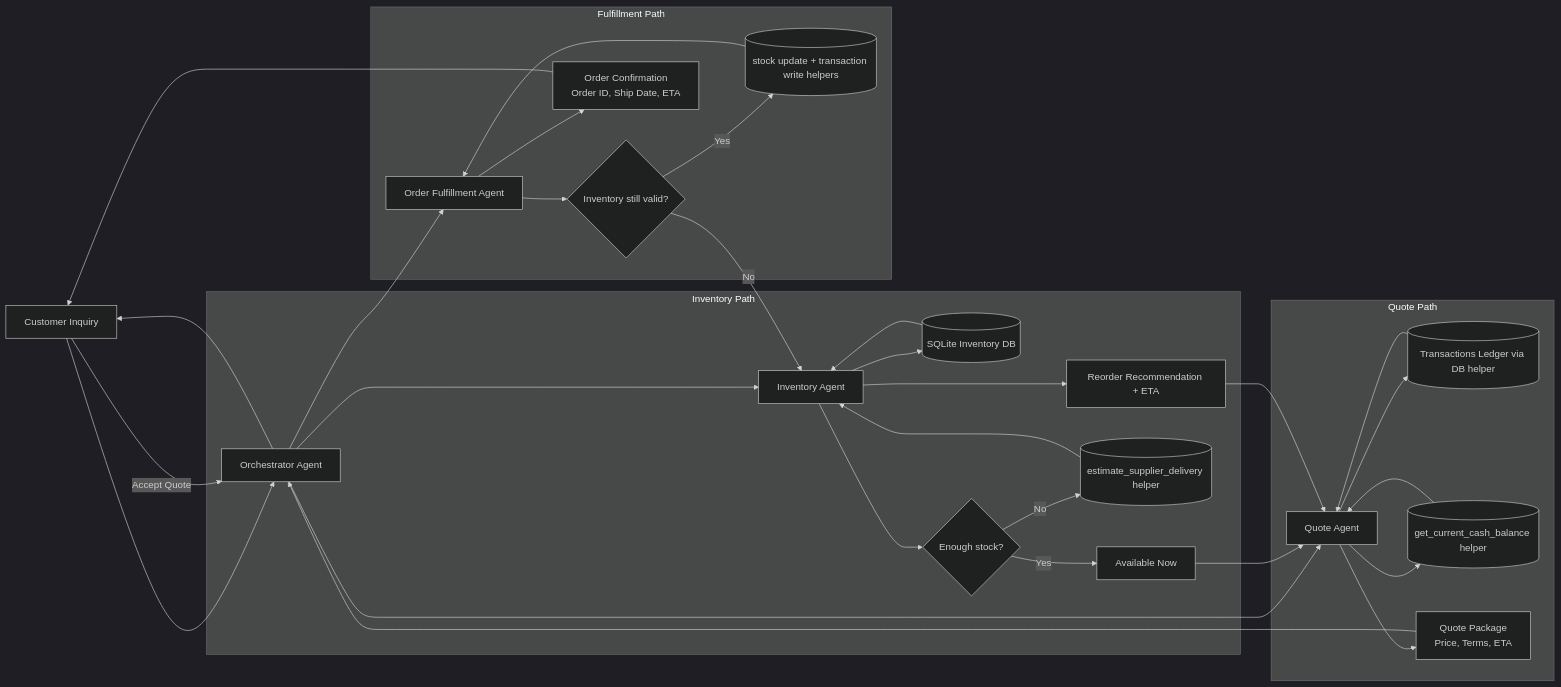
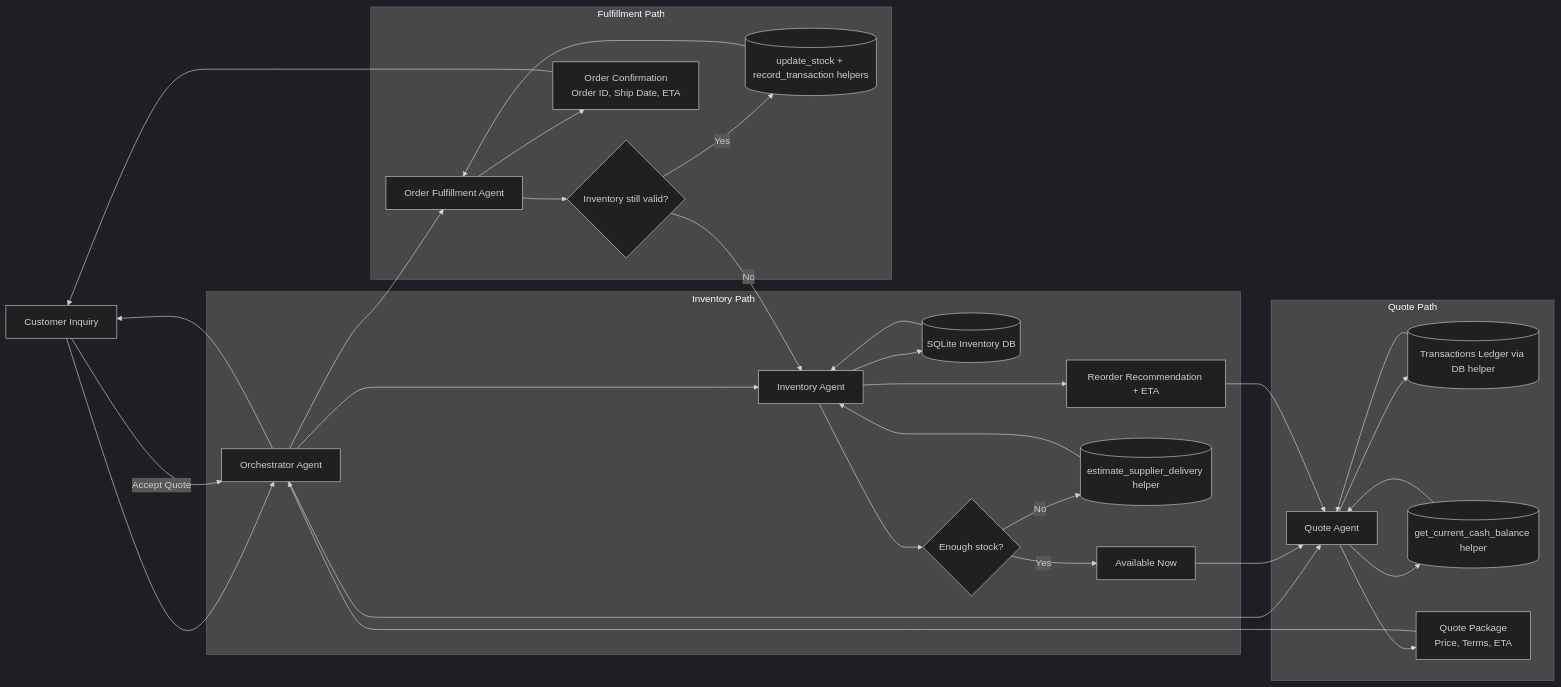
The diagram in architecture docs/multi-agent-workflow.md (javeriaafzal/PaperCompanyInventory), drawn with Mermaid (dark theme) before and after one commit. The commit also changed other lines of this file and 2 other files, not shown here.

````diff
--- a/architecture docs/multi-agent-workflow.md
+++ b/architecture docs/multi-agent-workflow.md
@@ -5,41 +5,41 @@
 ```mermaid
 flowchart LR
     C[Customer Inquiry] --> O[Orchestrator Agent]
 
     subgraph Inventory_Path[Inventory Path]
         O --> IA[Inventory Agent]
         IA --> DB[(SQLite Inventory DB)]
         DB --> IA
         IA --> S{Enough stock?}
         S -->|Yes| AV[Available Now]
         S -->|No| ETA[(estimate_supplier_delivery helper)]
         ETA --> IA
         IA --> RE[Reorder Recommendation + ETA]
     end
 
     subgraph Quote_Path[Quote Path]
         O --> QA[Quote Agent]
         QA --> TX[(Transactions Ledger via DB helper)]
         TX --> QA
         AV --> QA
         RE --> QA
         QA --> BAL[(get_current_cash_balance helper)]
         BAL --> QA
         QA --> QP[Quote Package\nPrice, Terms, ETA]
     end
 
     QP --> O
     O --> C
     C -->|Accept Quote| O
 
     subgraph Fulfillment_Path[Fulfillment Path]
         O --> FA[Order Fulfillment Agent]
         FA --> V{Inventory still valid?}
         V -->|No| IA
-        V -->|Yes| FO[(stock update + transaction write helpers)]
+        V -->|Yes| FO[(update_stock + record_transaction helpers)]
         FO --> FA
         FA --> OC[Order Confirmation\nOrder ID, Ship Date, ETA]
     end
 
     OC --> C
 ```
````
